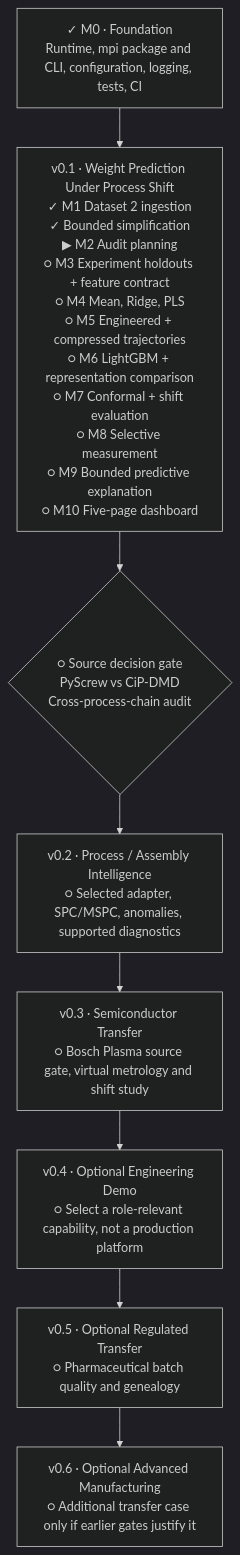
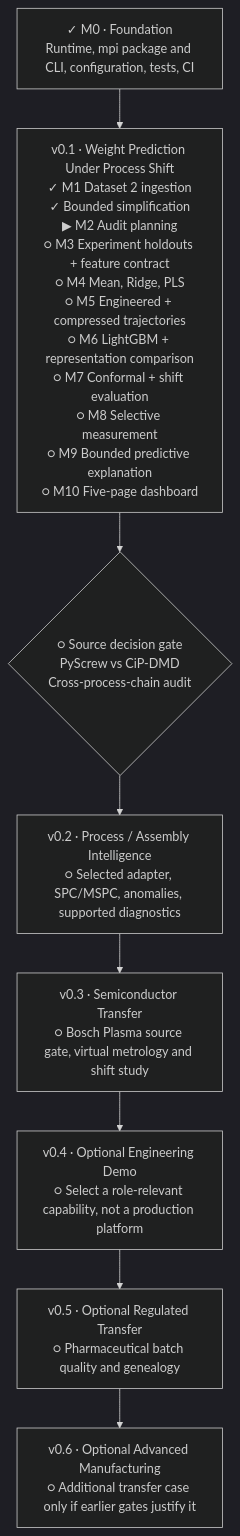
One commit to stevennitesh/manufacturing-process-intelligence changed the diagram in docs/implementation-roadmap.md. Above: the diagram before and after it, drawn with Mermaid (dark theme). The commit also changed other lines of this file and 16 other files, not shown here.

````diff
--- a/docs/implementation-roadmap.md
+++ b/docs/implementation-roadmap.md
@@ -33,15 +33,15 @@
 ```mermaid
 flowchart TB
-    F["✓ M0 · Foundation<br/>Runtime, mpi package and CLI, configuration, logging, tests, CI"]
+    F["✓ M0 · Foundation<br/>Runtime, mpi package and CLI, configuration, tests, CI"]
 
     MVP["v0.1 · Weight Prediction Under Process Shift<br/>✓ M1 Dataset 2 ingestion<br/>✓ Bounded simplification<br/>▶ M2 Audit planning<br/>○ M3 Experiment holdouts + feature contract<br/>○ M4 Mean, Ridge, PLS<br/>○ M5 Engineered + compressed trajectories<br/>○ M6 LightGBM + representation comparison<br/>○ M7 Conformal + shift evaluation<br/>○ M8 Selective measurement<br/>○ M9 Bounded predictive explanation<br/>○ M10 Five-page dashboard"]
 
     AUDIT{"○ Source decision gate<br/>PyScrew vs CiP-DMD<br/>Cross-process-chain audit"}
     PI["v0.2 · Process / Assembly Intelligence<br/>○ Selected adapter, SPC/MSPC, anomalies, supported diagnostics"]
     SEMI["v0.3 · Semiconductor Transfer<br/>○ Bosch Plasma source gate, virtual metrology and shift study"]
     PROD["v0.4 · Optional Engineering Demo<br/>○ Select a role-relevant capability, not a production platform"]
     PHARMA["v0.5 · Optional Regulated Transfer<br/>○ Pharmaceutical batch quality and genealogy"]
     ADV["v0.6 · Optional Advanced Manufacturing<br/>○ Additional transfer case only if earlier gates justify it"]
 
     F --> MVP --> AUDIT --> PI --> SEMI --> PROD --> PHARMA --> ADV
 ```
````
